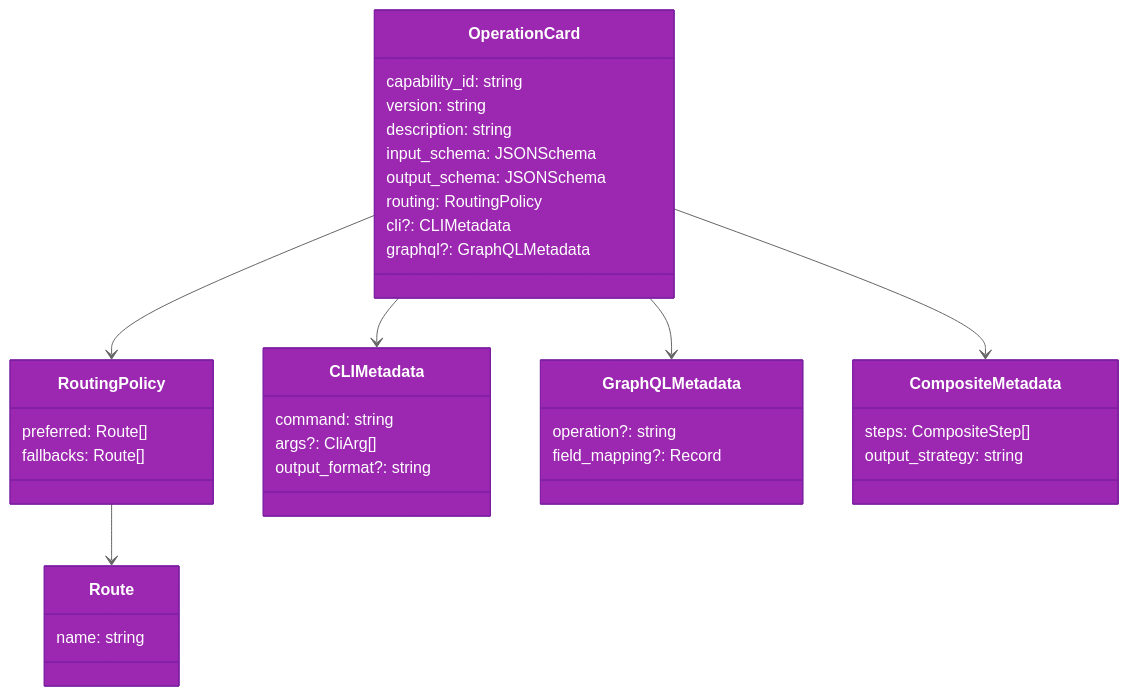
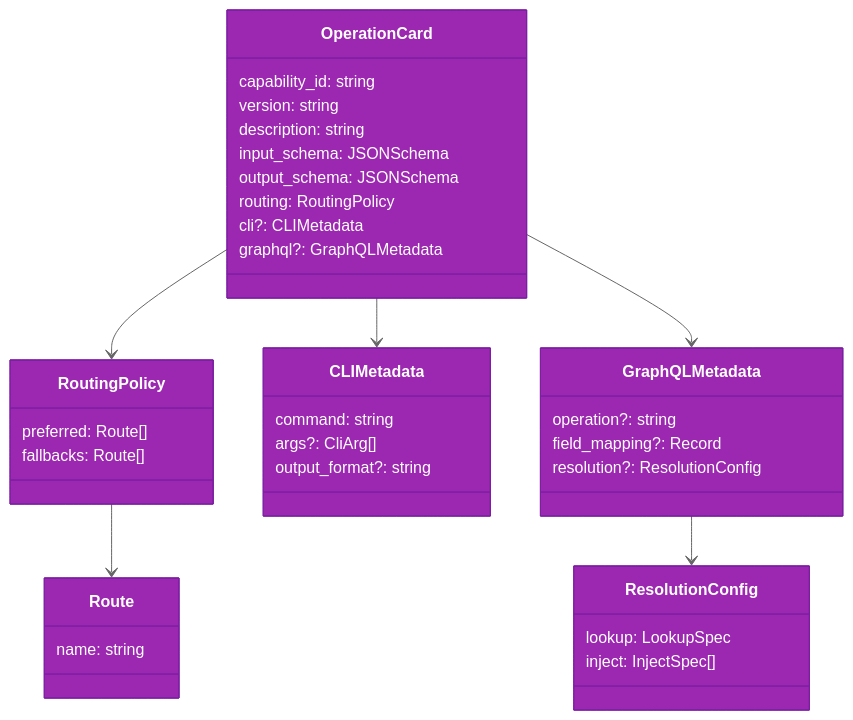
Before and after one commit to aryeko/ghx: the diagram in docs/architecture/operation-cards.md, drawn with Mermaid. The commit also changed other lines of this file and 53 other files, not shown here.

First line of the commit message:
feat(core): atomic capability chaining with two-phase GraphQL batching (#59)

````diff
--- a/docs/architecture/operation-cards.md
+++ b/docs/architecture/operation-cards.md
@@ -7,45 +7,46 @@
 ```mermaid
 %%{init: {'theme': 'base', 'themeVariables': {'primaryColor': '#9C27B0', 'primaryTextColor': '#fff', 'primaryBorderColor': '#7B1FA2', 'lineColor': '#666', 'secondaryColor': '#CE93D8', 'tertiaryColor': '#E1BEE7'}}}%%
 classDiagram
     class OperationCard {
         capability_id: string
         version: string
         description: string
         input_schema: JSONSchema
         output_schema: JSONSchema
         routing: RoutingPolicy
         cli?: CLIMetadata
         graphql?: GraphQLMetadata
     }
 
     class RoutingPolicy {
         preferred: Route[]
         fallbacks: Route[]
     }
 
     class CLIMetadata {
         command: string
         args?: CliArg[]
         output_format?: string
     }
 
     class GraphQLMetadata {
         operation?: string
         field_mapping?: Record
+        resolution?: ResolutionConfig
     }
 
-    class CompositeMetadata {
-        steps: CompositeStep[]
-        output_strategy: string
+    class ResolutionConfig {
+        lookup: LookupSpec
+        inject: InjectSpec[]
     }
 
     class Route {
         name: string
     }
 
     OperationCard --> RoutingPolicy
     OperationCard --> CLIMetadata
     OperationCard --> GraphQLMetadata
-    OperationCard --> CompositeMetadata
+    GraphQLMetadata --> ResolutionConfig
     RoutingPolicy --> Route
 ```
````
